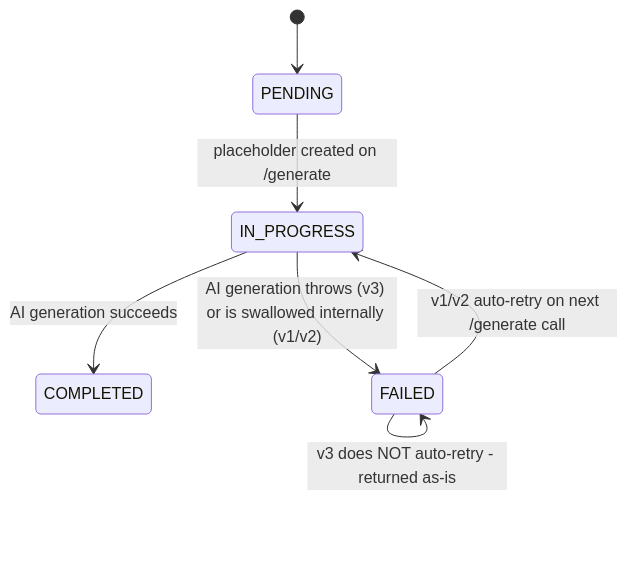
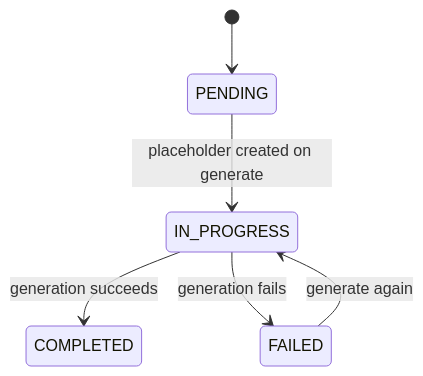
The ninth of 12 diagrams in docs/learning-hub/ai-cbp-tool/lld.md (KB-iGOT/igot-docs), drawn with Mermaid before and after one commit. The commit also changed other lines of this file and 18 other files, not shown here.

First line of the commit message:
docs(ai-cbp-tool): restructure the LLD with validation flows and real routes

````diff
--- a/docs/learning-hub/ai-cbp-tool/lld.md
+++ b/docs/learning-hub/ai-cbp-tool/lld.md
@@ -251,9 +637,8 @@
 ```mermaid
 stateDiagram-v2
     [*] --> PENDING
-    PENDING --> IN_PROGRESS: placeholder created on /generate
-    IN_PROGRESS --> COMPLETED: AI generation succeeds
-    IN_PROGRESS --> FAILED: AI generation throws (v3) or is swallowed internally (v1/v2)
-    FAILED --> IN_PROGRESS: v1/v2 auto-retry on next /generate call
-    FAILED --> FAILED: v3 does NOT auto-retry - returned as-is
+    PENDING --> IN_PROGRESS: placeholder created on generate
+    IN_PROGRESS --> COMPLETED: generation succeeds
+    IN_PROGRESS --> FAILED: generation fails
+    FAILED --> IN_PROGRESS: generate again
 ```
````
